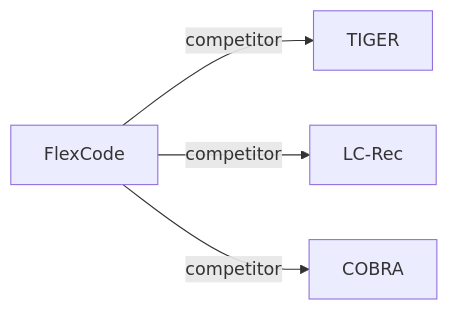
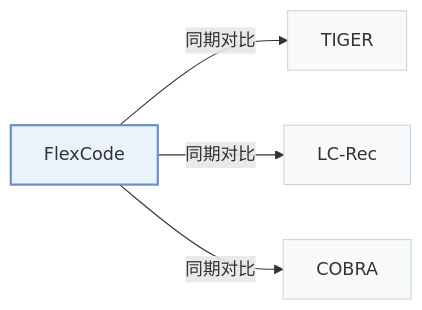
Before and after one commit to Galaxy-ghost/Awesome-SID-Generative-Rec: the second of 2 diagrams in pages/zh/papers/flexcode.md, drawn with Mermaid. The commit also changed other lines of this file and 649 other files, not shown here.

Commit message:
writer-05: also tags and modality index (schema, check, build, visuals); summary field removed; calibration data for 12 papers

````diff
--- a/pages/zh/papers/flexcode.md
+++ b/pages/zh/papers/flexcode.md
@@ -68,7 +72,11 @@
 ```mermaid
 flowchart LR
     P["FlexCode"]
-    P -->|competitor| A["TIGER"]
-    P -->|competitor| B["LC-Rec"]
-    P -->|competitor| C["COBRA"]
+    P -->|"同期对比"| A["TIGER"]
+    P -->|"同期对比"| B["LC-Rec"]
+    P -->|"同期对比"| C["COBRA"]
+    classDef main fill:#eaf2fb,stroke:#6b8fc7,stroke-width:2px
+    classDef peer fill:#f8fafc,stroke:#cbd5e1
+    class P main
+    class A,B,C peer
 ```
````
